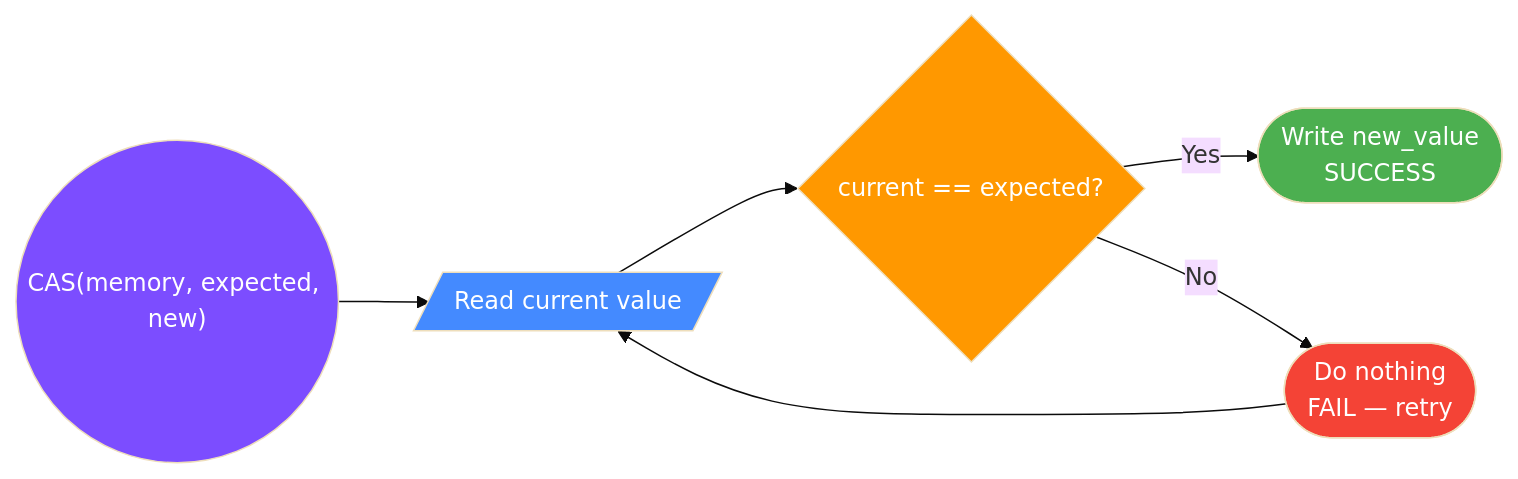
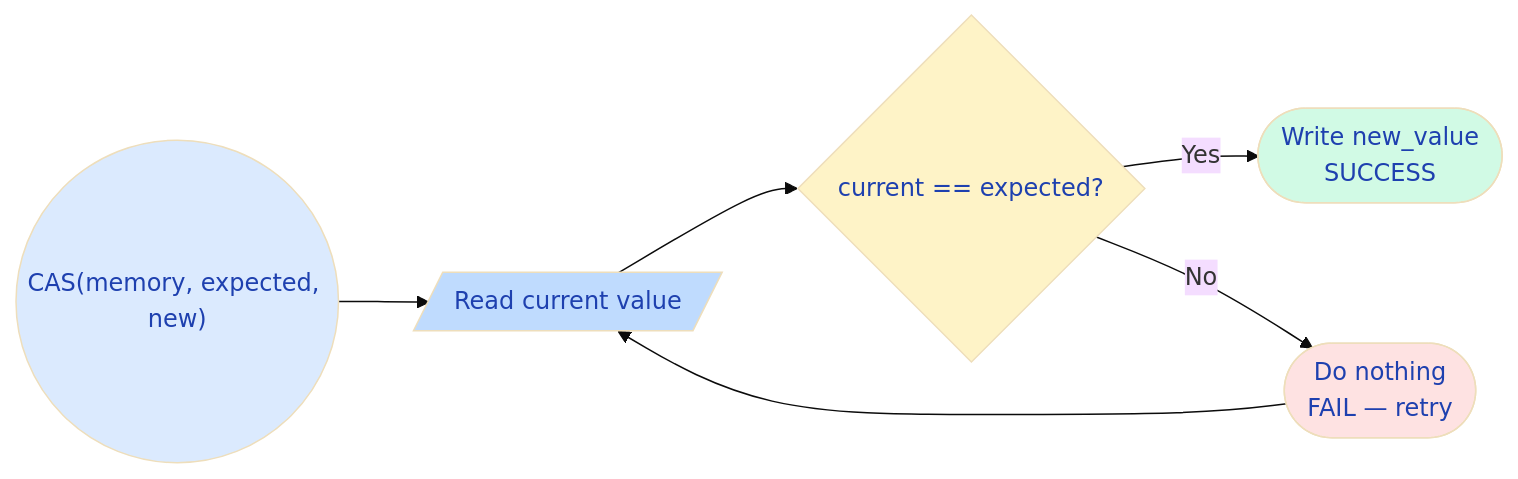
The second of 2 diagrams in docs/java/VolatileAtomics.md (saivamsikaruturi/vamsilabs-dev-notes-main), drawn with Mermaid (base theme) before and after one commit. The commit also changed other lines of this file and 220 other files, not shown here.

First line of the commit message:
Add 50+ new Java/Spring Boot pages, rewrite CSS code blocks to Oracle style, fix all diagram colors

````diff
--- a/docs/java/VolatileAtomics.md
+++ b/docs/java/VolatileAtomics.md
@@ -140,14 +140,14 @@
 ```mermaid
 flowchart LR
     Start(("CAS(memory, expected, new)")) --> Read[/"Read current value"/]
     Read --> Check{"current == expected?"}
     Check -->|"Yes"| Write(["Write new_value<br/>SUCCESS"])
     Check -->|"No"| Retry(["Do nothing<br/>FAIL — retry"])
     Retry --> Read
 
-    style Start fill:#7C4DFF,color:#fff
-    style Read fill:#448AFF,color:#fff
-    style Check fill:#FF9800,color:#fff
-    style Write fill:#4CAF50,color:#fff
-    style Retry fill:#F44336,color:#fff
+    style Start fill:#DBEAFE,color:#1E40AF
+    style Read fill:#BFDBFE,color:#1E40AF
+    style Check fill:#FEF3C7,color:#1E40AF
+    style Write fill:#D1FAE5,color:#1E40AF
+    style Retry fill:#FEE2E2,color:#1E40AF
 ```
````
